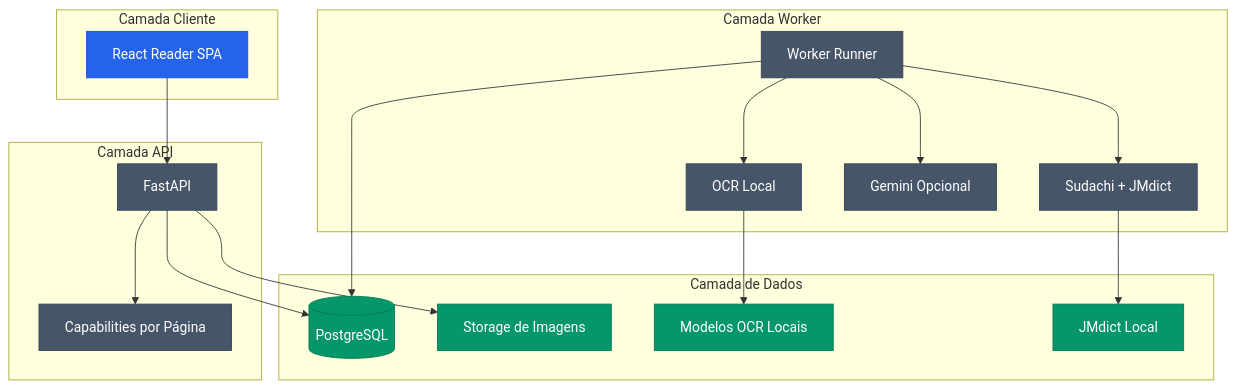
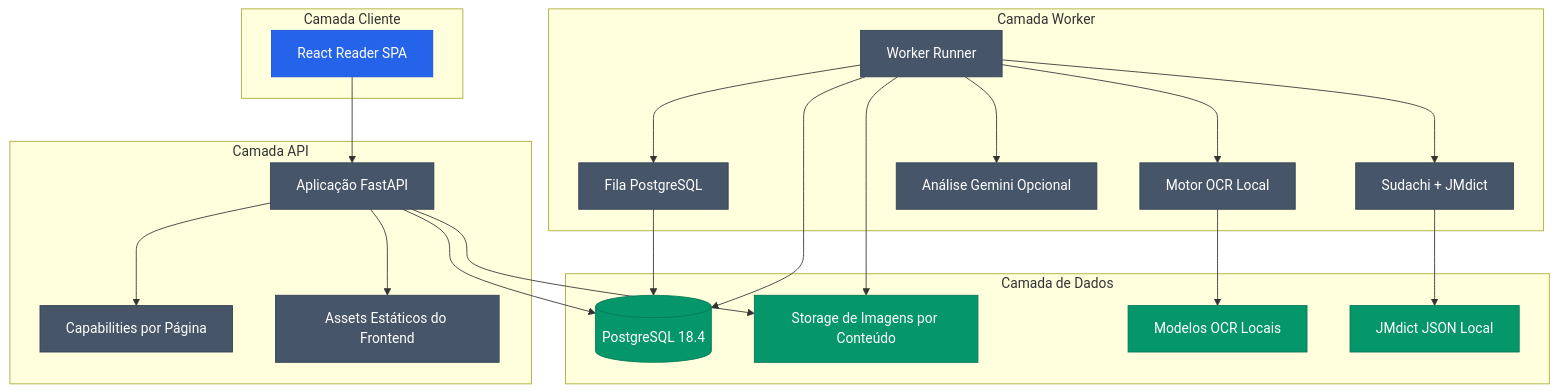
One commit to Gyliardson/mangasensei changed the diagram in README.pt-BR.md. Above: the diagram before and after it, drawn with Mermaid. The commit also changed other lines of this file, not shown here.

````diff
--- a/README.pt-BR.md
+++ b/README.pt-BR.md
@@ -32,38 +52,44 @@
 ```mermaid
 flowchart TD
     subgraph Cliente["Camada Cliente"]
-        UI["React Reader SPA"]
+        Browser["React Reader SPA"]
     end
-    subgraph Servidor["Camada API"]
-        API["FastAPI"]
-        Tokens["Capabilities por Página"]
+    subgraph API["Camada API"]
+        FastAPI["Aplicação FastAPI"]
+        Capabilities["Capabilities por Página"]
+        Static["Assets Estáticos do Frontend"]
     end
-    subgraph Processamento["Camada Worker"]
+    subgraph Worker["Camada Worker"]
         Runner["Worker Runner"]
-        OCR["OCR Local"]
-        Ling["Sudachi + JMdict"]
-        IA["Gemini Opcional"]
+        Queue["Fila PostgreSQL"]
+        OCR["Motor OCR Local"]
+        Linguistics["Sudachi + JMdict"]
+        Gemini["Análise Gemini Opcional"]
     end
-    subgraph Dados["Camada de Dados"]
-        DB[("PostgreSQL")]
-        Files["Storage de Imagens"]
+    subgraph Storage["Camada de Dados"]
+        DB[("PostgreSQL 18.4")]
+        Files["Storage de Imagens por Conteúdo"]
         Models["Modelos OCR Locais"]
-        Dict["JMdict Local"]
+        Dictionary["JMdict JSON Local"]
     end
-    UI --> API
-    API --> Tokens
-    API --> DB
-    API --> Files
+    Browser --> FastAPI
+    FastAPI --> Capabilities
+    FastAPI --> Static
+    FastAPI --> DB
+    FastAPI --> Files
+    Queue --> DB
+    Runner --> Queue
     Runner --> OCR
-    Runner --> Ling
-    Runner --> IA
+    Runner --> Linguistics
+    Runner --> Gemini
     OCR --> Models
-    Ling --> Dict
+    Linguistics --> Dictionary
     Runner --> DB
+    Runner --> Files
     classDef client fill:#2563eb,stroke:#1d4ed8,color:#ffffff;
     classDef service fill:#475569,stroke:#334155,color:#ffffff;
     classDef data fill:#059669,stroke:#047857,color:#ffffff;
-    class UI client;
-    class API,Tokens,Runner,OCR,Ling,IA service;
-    class DB,Files,Models,Dict data;
+    class Browser client;
+    class FastAPI,Capabilities,Static,Runner,Queue,OCR,Linguistics,Gemini service;
+    class DB,Files,Models,Dictionary data;
 ```
````
